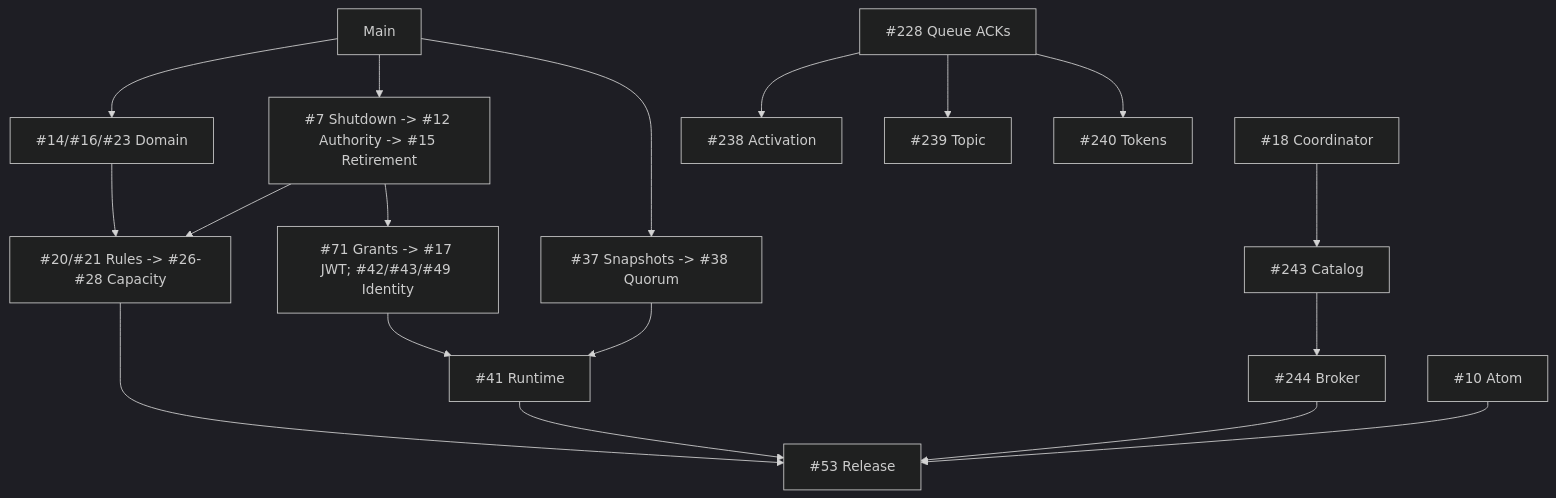
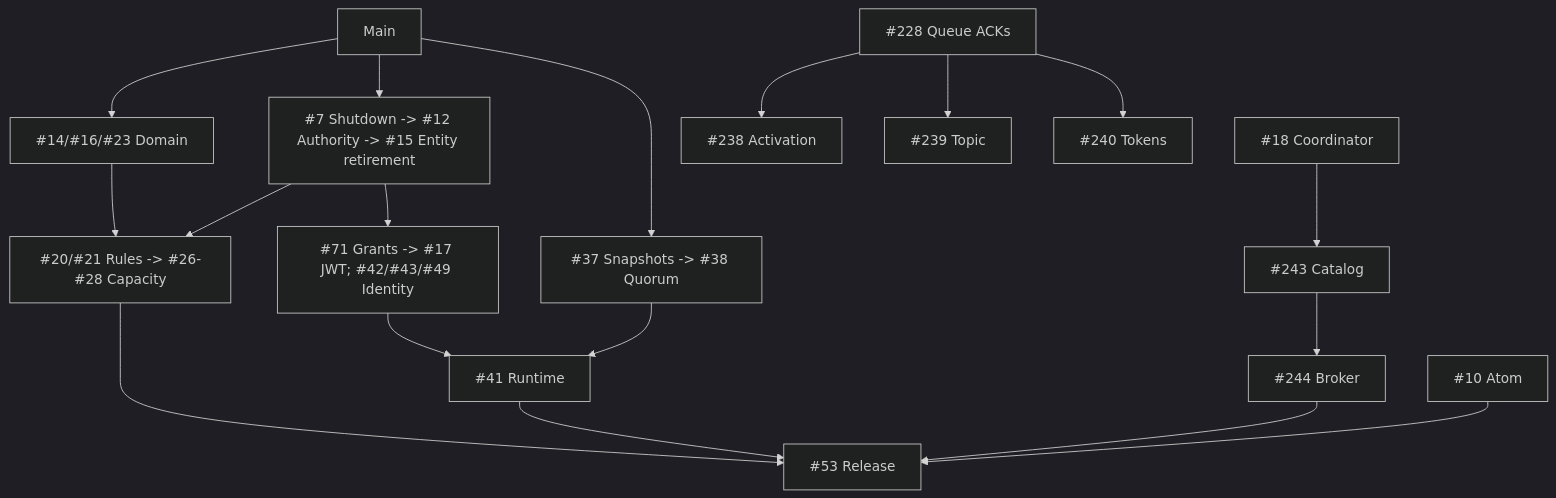
Before and after one commit to DeandreT/switchyard: the first of 2 diagrams in docs/roadmap.md, drawn with Mermaid (dark theme). The commit also changed other lines of this file, not shown here.

````diff
--- a/docs/roadmap.md
+++ b/docs/roadmap.md
@@ -24,12 +23,12 @@
 ```mermaid
 flowchart TD
-    Main["Main"] --> Lifecycle["#7 Shutdown -> #12 Authority -> #15 Retirement"] --> Semantics["#20/#21 Rules -> #26-#28 Capacity"]
+    Main["Main"] --> Lifecycle["#7 Shutdown -> #12 Authority -> #15 Entity retirement"] --> Semantics["#20/#21 Rules -> #26-#28 Capacity"]
     Main --> Domain["#14/#16/#23 Domain"] --> Semantics
     Main --> Recovery["#37 Snapshots -> #38 Quorum"] --> Runtime["#41 Runtime"]
     Lifecycle --> Security["#71 Grants -> #17 JWT; #42/#43/#49 Identity"] --> Runtime
     Atom["#10 Atom"] --> Gates["#53 Release"]
     Admin["#18 Coordinator"] --> Catalog["#243 Catalog"] --> Broker["#244 Broker"] --> Gates
     Allocation["#228 Queue ACKs"] --> Activation["#238 Activation"]
     Allocation --> Topic["#239 Topic"]; Allocation --> Tokens["#240 Tokens"]
     Runtime --> Gates; Semantics --> Gates
 ```
````
